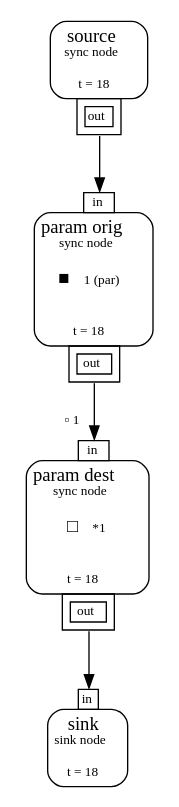
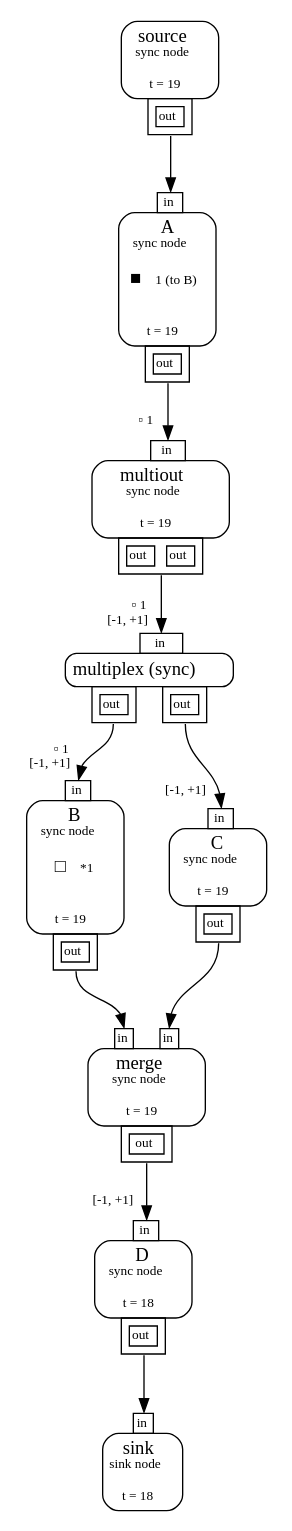
One commit to dbonattoj/mf changed the diagram in gr.gv. Above: the diagram before and after it, drawn with Graphviz. The commit also changed 26 other files, not shown here.

```diff
--- a/gr.gv
+++ b/gr.gv
@@ -1,20 +1,41 @@
 digraph G{
 	rankdir=TB
 	node0 [shape=plaintext label=<
-<TABLE BORDER="0" CELLBORDER="0" CELLSPACING="0" CELLPADDING="0"><TR><TD COLSPAN="1" BORDER="1" STYLE="ROUNDED" CELLPADDING="4" COLOR="black">source<BR/><FONT POINT-SIZE="10">sync node</FONT><BR/><BR/><FONT POINT-SIZE="10">t = 18</FONT></TD></TR><TR><TD COLSPAN="1" BORDER="0"><TABLE BORDER="0" CELLBORDER="0" CELLSPACING="0" CELLPADDING="0"><TR><TD WIDTH="20"></TD><TD BORDER="1" CELLPADDING="3" PORT="out1" COLOR="black"><TABLE BORDER="0" CELLSPACING="2"><TR CELLPADDING="1"><TD BORDER="1" CELLPADDING="1"><FONT POINT-SIZE="10">out</FONT></TD></TR></TABLE></TD><TD WIDTH="20"></TD></TR></TABLE></TD></TR></TABLE>
+<TABLE BORDER="0" CELLBORDER="0" CELLSPACING="0" CELLPADDING="0"><TR><TD COLSPAN="1" BORDER="1" STYLE="ROUNDED" CELLPADDING="4" COLOR="black">source<BR/><FONT POINT-SIZE="10">sync node</FONT><BR/><BR/><FONT POINT-SIZE="10">t = 19</FONT></TD></TR><TR><TD COLSPAN="1" BORDER="0"><TABLE BORDER="0" CELLBORDER="0" CELLSPACING="0" CELLPADDING="0"><TR><TD WIDTH="20"></TD><TD BORDER="1" CELLPADDING="3" PORT="out1" COLOR="black"><TABLE BORDER="0" CELLSPACING="2"><TR CELLPADDING="1"><TD BORDER="1" CELLPADDING="1"><FONT POINT-SIZE="10">out</FONT></TD></TR></TABLE></TD><TD WIDTH="20"></TD></TR></TABLE></TD></TR></TABLE>
 >];
 	node2 [shape=plaintext label=<
-<TABLE BORDER="0" CELLBORDER="0" CELLSPACING="0" CELLPADDING="0"><TR><TD WIDTH="20"></TD><TD BORDER="1" CELLPADDING="1" PORT="in3" COLOR="black"><FONT POINT-SIZE="10">in</FONT></TD><TD WIDTH="20"></TD></TR><TR><TD COLSPAN="3" BORDER="1" STYLE="ROUNDED" CELLPADDING="4" COLOR="black">param orig<BR/><FONT POINT-SIZE="10">sync node</FONT><BR/><BR/>&#x25A0; <FONT POINT-SIZE="10">1 (par)</FONT><BR/><BR/><BR/><FONT POINT-SIZE="10">t = 18</FONT></TD></TR><TR><TD COLSPAN="3" BORDER="0"><TABLE BORDER="0" CELLBORDER="0" CELLSPACING="0" CELLPADDING="0"><TR><TD WIDTH="20"></TD><TD BORDER="1" CELLPADDING="3" PORT="out4" COLOR="black"><TABLE BORDER="0" CELLSPACING="2"><TR CELLPADDING="1"><TD BORDER="1" CELLPADDING="1"><FONT POINT-SIZE="10">out</FONT></TD></TR></TABLE></TD><TD WIDTH="20"></TD></TR></TABLE></TD></TR></TABLE>
+<TABLE BORDER="0" CELLBORDER="0" CELLSPACING="0" CELLPADDING="0"><TR><TD WIDTH="20"></TD><TD BORDER="1" CELLPADDING="1" PORT="in3" COLOR="black"><FONT POINT-SIZE="10">in</FONT></TD><TD WIDTH="20"></TD></TR><TR><TD COLSPAN="3" BORDER="1" STYLE="ROUNDED" CELLPADDING="4" COLOR="black">A<BR/><FONT POINT-SIZE="10">sync node</FONT><BR/><BR/>&#x25A0; <FONT POINT-SIZE="10">1 (to B)</FONT><BR/><BR/><BR/><FONT POINT-SIZE="10">t = 19</FONT></TD></TR><TR><TD COLSPAN="3" BORDER="0"><TABLE BORDER="0" CELLBORDER="0" CELLSPACING="0" CELLPADDING="0"><TR><TD WIDTH="20"></TD><TD BORDER="1" CELLPADDING="3" PORT="out4" COLOR="black"><TABLE BORDER="0" CELLSPACING="2"><TR CELLPADDING="1"><TD BORDER="1" CELLPADDING="1"><FONT POINT-SIZE="10">out</FONT></TD></TR></TABLE></TD><TD WIDTH="20"></TD></TR></TABLE></TD></TR></TABLE>
 >];
 	node5 [shape=plaintext label=<
-<TABLE BORDER="0" CELLBORDER="0" CELLSPACING="0" CELLPADDING="0"><TR><TD WIDTH="20"></TD><TD BORDER="1" CELLPADDING="1" PORT="in6" COLOR="black"><FONT POINT-SIZE="10">in</FONT></TD><TD WIDTH="20"></TD></TR><TR><TD COLSPAN="3" BORDER="1" STYLE="ROUNDED" CELLPADDING="4" COLOR="black">param dest<BR/><FONT POINT-SIZE="10">sync node</FONT><BR/><BR/>&#x25A1; <FONT POINT-SIZE="10">*1</FONT><BR/><BR/><BR/><FONT POINT-SIZE="10">t = 18</FONT></TD></TR><TR><TD COLSPAN="3" BORDER="0"><TABLE BORDER="0" CELLBORDER="0" CELLSPACING="0" CELLPADDING="0"><TR><TD WIDTH="20"></TD><TD BORDER="1" CELLPADDING="3" PORT="out7" COLOR="black"><TABLE BORDER="0" CELLSPACING="2"><TR CELLPADDING="1"><TD BORDER="1" CELLPADDING="1"><FONT POINT-SIZE="10">out</FONT></TD></TR></TABLE></TD><TD WIDTH="20"></TD></TR></TABLE></TD></TR></TABLE>
+<TABLE BORDER="0" CELLBORDER="0" CELLSPACING="0" CELLPADDING="0"><TR><TD WIDTH="20"></TD><TD BORDER="1" CELLPADDING="1" PORT="in6" COLOR="black"><FONT POINT-SIZE="10">in</FONT></TD><TD WIDTH="20"></TD></TR><TR><TD COLSPAN="3" BORDER="1" STYLE="ROUNDED" CELLPADDING="4" COLOR="black">multiout<BR/><FONT POINT-SIZE="10">sync node</FONT><BR/><BR/><FONT POINT-SIZE="10">t = 19</FONT></TD></TR><TR><TD COLSPAN="3" BORDER="0"><TABLE BORDER="0" CELLBORDER="0" CELLSPACING="0" CELLPADDING="0"><TR><TD WIDTH="20"></TD><TD BORDER="1" CELLPADDING="3" PORT="out7" COLOR="black"><TABLE BORDER="0" CELLSPACING="2"><TR CELLPADDING="1"><TD BORDER="1" CELLPADDING="1"><FONT POINT-SIZE="10">out</FONT></TD><TD WIDTH="5"></TD><TD BORDER="1" CELLPADDING="1"><FONT POINT-SIZE="10">out</FONT></TD></TR></TABLE></TD><TD WIDTH="20"></TD></TR></TABLE></TD></TR></TABLE>
 >];
 	node8 [shape=plaintext label=<
-<TABLE BORDER="0" CELLBORDER="0" CELLSPACING="0" CELLPADDING="0"><TR><TD WIDTH="20"></TD><TD BORDER="1" CELLPADDING="1" PORT="in9" COLOR="black"><FONT POINT-SIZE="10">in</FONT></TD><TD WIDTH="20"></TD></TR><TR><TD COLSPAN="3" BORDER="1" STYLE="ROUNDED" CELLPADDING="4" COLOR="black">sink<BR/><FONT POINT-SIZE="10">sink node</FONT><BR/><BR/><FONT POINT-SIZE="10">t = 18</FONT></TD></TR></TABLE>
+<TABLE BORDER="0" CELLBORDER="0" CELLSPACING="0" CELLPADDING="0"><TR><TD WIDTH="20"></TD><TD BORDER="1" CELLPADDING="1" PORT="in9" COLOR="black"><FONT POINT-SIZE="10">in</FONT></TD><TD WIDTH="20"></TD></TR><TR><TD COLSPAN="3" BORDER="1" STYLE="ROUNDED" CELLPADDING="4" COLOR="black">multiplex (sync)</TD></TR><TR><TD COLSPAN="3" BORDER="0"><TABLE BORDER="0" CELLBORDER="0" CELLSPACING="0" CELLPADDING="0"><TR><TD WIDTH="20"></TD><TD BORDER="1" CELLPADDING="3" PORT="out10" COLOR="black"><TABLE BORDER="0" CELLSPACING="2"><TR CELLPADDING="1"><TD BORDER="1" CELLPADDING="1"><FONT POINT-SIZE="10">out</FONT></TD></TR></TABLE></TD><TD WIDTH="20"></TD><TD BORDER="1" CELLPADDING="3" PORT="out11" COLOR="black"><TABLE BORDER="0" CELLSPACING="2"><TR CELLPADDING="1"><TD BORDER="1" CELLPADDING="1"><FONT POINT-SIZE="10">out</FONT></TD></TR></TABLE></TD><TD WIDTH="20"></TD></TR></TABLE></TD></TR></TABLE>
+>];
+	node12 [shape=plaintext label=<
+<TABLE BORDER="0" CELLBORDER="0" CELLSPACING="0" CELLPADDING="0"><TR><TD WIDTH="20"></TD><TD BORDER="1" CELLPADDING="1" PORT="in13" COLOR="black"><FONT POINT-SIZE="10">in</FONT></TD><TD WIDTH="20"></TD></TR><TR><TD COLSPAN="3" BORDER="1" STYLE="ROUNDED" CELLPADDING="4" COLOR="black">B<BR/><FONT POINT-SIZE="10">sync node</FONT><BR/><BR/>&#x25A1; <FONT POINT-SIZE="10">*1</FONT><BR/><BR/><BR/><FONT POINT-SIZE="10">t = 19</FONT></TD></TR><TR><TD COLSPAN="3" BORDER="0"><TABLE BORDER="0" CELLBORDER="0" CELLSPACING="0" CELLPADDING="0"><TR><TD WIDTH="20"></TD><TD BORDER="1" CELLPADDING="3" PORT="out14" COLOR="black"><TABLE BORDER="0" CELLSPACING="2"><TR CELLPADDING="1"><TD BORDER="1" CELLPADDING="1"><FONT POINT-SIZE="10">out</FONT></TD></TR></TABLE></TD><TD WIDTH="20"></TD></TR></TABLE></TD></TR></TABLE>
+>];
+	node15 [shape=plaintext label=<
+<TABLE BORDER="0" CELLBORDER="0" CELLSPACING="0" CELLPADDING="0"><TR><TD WIDTH="20"></TD><TD BORDER="1" CELLPADDING="1" PORT="in16" COLOR="black"><FONT POINT-SIZE="10">in</FONT></TD><TD WIDTH="20"></TD></TR><TR><TD COLSPAN="3" BORDER="1" STYLE="ROUNDED" CELLPADDING="4" COLOR="black">C<BR/><FONT POINT-SIZE="10">sync node</FONT><BR/><BR/><FONT POINT-SIZE="10">t = 19</FONT></TD></TR><TR><TD COLSPAN="3" BORDER="0"><TABLE BORDER="0" CELLBORDER="0" CELLSPACING="0" CELLPADDING="0"><TR><TD WIDTH="20"></TD><TD BORDER="1" CELLPADDING="3" PORT="out17" COLOR="black"><TABLE BORDER="0" CELLSPACING="2"><TR CELLPADDING="1"><TD BORDER="1" CELLPADDING="1"><FONT POINT-SIZE="10">out</FONT></TD></TR></TABLE></TD><TD WIDTH="20"></TD></TR></TABLE></TD></TR></TABLE>
+>];
+	node18 [shape=plaintext label=<
+<TABLE BORDER="0" CELLBORDER="0" CELLSPACING="0" CELLPADDING="0"><TR><TD WIDTH="20"></TD><TD BORDER="1" CELLPADDING="1" PORT="in19" COLOR="black"><FONT POINT-SIZE="10">in</FONT></TD><TD WIDTH="20"></TD><TD BORDER="1" CELLPADDING="1" PORT="in20" COLOR="black"><FONT POINT-SIZE="10">in</FONT></TD><TD WIDTH="20"></TD></TR><TR><TD COLSPAN="5" BORDER="1" STYLE="ROUNDED" CELLPADDING="4" COLOR="black">merge<BR/><FONT POINT-SIZE="10">sync node</FONT><BR/><BR/><FONT POINT-SIZE="10">t = 19</FONT></TD></TR><TR><TD COLSPAN="5" BORDER="0"><TABLE BORDER="0" CELLBORDER="0" CELLSPACING="0" CELLPADDING="0"><TR><TD WIDTH="20"></TD><TD BORDER="1" CELLPADDING="3" PORT="out21" COLOR="black"><TABLE BORDER="0" CELLSPACING="2"><TR CELLPADDING="1"><TD BORDER="1" CELLPADDING="1"><FONT POINT-SIZE="10">out</FONT></TD></TR></TABLE></TD><TD WIDTH="20"></TD></TR></TABLE></TD></TR></TABLE>
+>];
+	node22 [shape=plaintext label=<
+<TABLE BORDER="0" CELLBORDER="0" CELLSPACING="0" CELLPADDING="0"><TR><TD WIDTH="20"></TD><TD BORDER="1" CELLPADDING="1" PORT="in23" COLOR="black"><FONT POINT-SIZE="10">in</FONT></TD><TD WIDTH="20"></TD></TR><TR><TD COLSPAN="3" BORDER="1" STYLE="ROUNDED" CELLPADDING="4" COLOR="black">D<BR/><FONT POINT-SIZE="10">sync node</FONT><BR/><BR/><FONT POINT-SIZE="10">t = 18</FONT></TD></TR><TR><TD COLSPAN="3" BORDER="0"><TABLE BORDER="0" CELLBORDER="0" CELLSPACING="0" CELLPADDING="0"><TR><TD WIDTH="20"></TD><TD BORDER="1" CELLPADDING="3" PORT="out24" COLOR="black"><TABLE BORDER="0" CELLSPACING="2"><TR CELLPADDING="1"><TD BORDER="1" CELLPADDING="1"><FONT POINT-SIZE="10">out</FONT></TD></TR></TABLE></TD><TD WIDTH="20"></TD></TR></TABLE></TD></TR></TABLE>
+>];
+	node25 [shape=plaintext label=<
+<TABLE BORDER="0" CELLBORDER="0" CELLSPACING="0" CELLPADDING="0"><TR><TD WIDTH="20"></TD><TD BORDER="1" CELLPADDING="1" PORT="in26" COLOR="black"><FONT POINT-SIZE="10">in</FONT></TD><TD WIDTH="20"></TD></TR><TR><TD COLSPAN="3" BORDER="1" STYLE="ROUNDED" CELLPADDING="4" COLOR="black">sink<BR/><FONT POINT-SIZE="10">sink node</FONT><BR/><BR/><FONT POINT-SIZE="10">t = 18</FONT></TD></TR></TABLE>
 >];
 	node0:out1 -> node2:in3 [style="", arrowhead="normal", color=black, headlabel=<>, fontsize=10, labelangle=45, labeldistance=2.0, labelfontcolor=black];
 	node2:out4 -> node5:in6 [style="", arrowhead="normal", color=black, headlabel=<&#x25AB; 1<BR/>>, fontsize=10, labelangle=45, labeldistance=2.0, labelfontcolor=black];
-	node5:out7 -> node8:in9 [style="", arrowhead="normal", color=black, headlabel=<>, fontsize=10, labelangle=45, labeldistance=2.0, labelfontcolor=black];
+	node5:out7 -> node8:in9 [style="", arrowhead="normal", color=black, headlabel=<&#x25AB; 1<BR/>[-1, +1]     >, fontsize=10, labelangle=45, labeldistance=2.0, labelfontcolor=black];
+	node8:out10 -> node12:in13 [style="", arrowhead="normal", color=black, headlabel=<&#x25AB; 1<BR/>[-1, +1]     >, fontsize=10, labelangle=45, labeldistance=2.0, labelfontcolor=black];
+	node8:out11 -> node15:in16 [style="", arrowhead="normal", color=black, headlabel=<[-1, +1]     >, fontsize=10, labelangle=45, labeldistance=2.0, labelfontcolor=black];
+	node12:out14 -> node18:in19 [style="", arrowhead="normal", color=black, headlabel=<>, fontsize=10, labelangle=45, labeldistance=2.0, labelfontcolor=black];
+	node15:out17 -> node18:in20 [style="", arrowhead="normal", color=black, headlabel=<>, fontsize=10, labelangle=45, labeldistance=2.0, labelfontcolor=black];
+	node18:out21 -> node22:in23 [style="", arrowhead="normal", color=black, headlabel=<[-1, +1]     >, fontsize=10, labelangle=45, labeldistance=2.0, labelfontcolor=black];
+	node22:out24 -> node25:in26 [style="", arrowhead="normal", color=black, headlabel=<>, fontsize=10, labelangle=45, labeldistance=2.0, labelfontcolor=black];
 	{rank=source; node0}
-	{rank=sink; node8}
+	{rank=sink; node25}
 }
```
